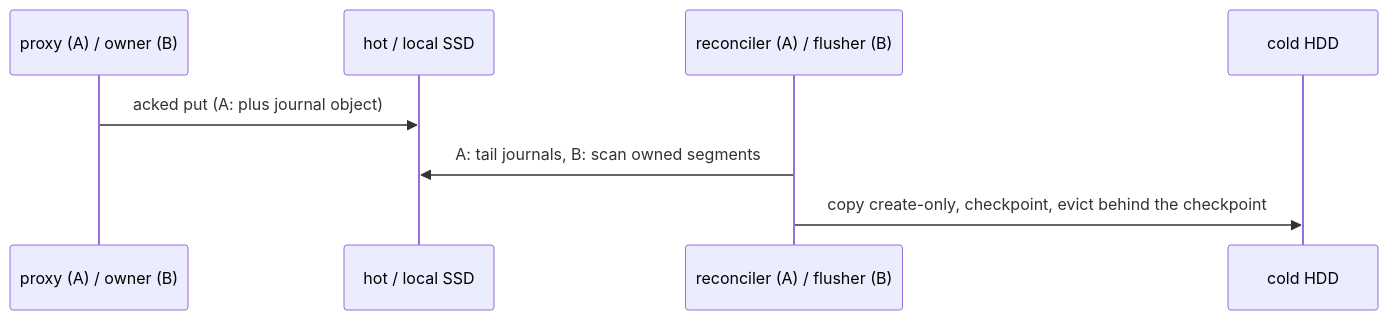
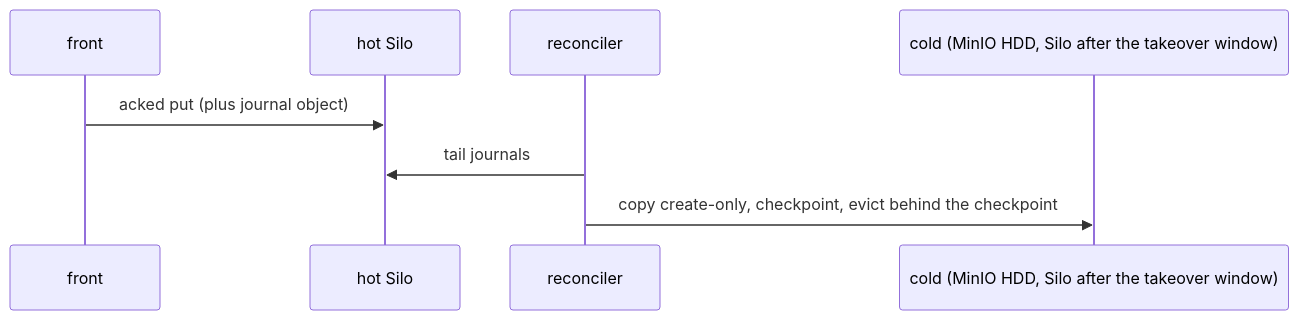
One commit to komira-ai/jobscheduler changed diagram 11 of 14 in docs/design/kbf-on-js-agent.md. Above: the diagram before and after it, drawn with Mermaid. The commit also changed other lines of this file and 5 other files, not shown here.

````diff
--- a/docs/design/kbf-on-js-agent.md
+++ b/docs/design/kbf-on-js-agent.md
@@ -446,10 +488,10 @@
 ```mermaid
 sequenceDiagram
-  participant P as proxy (A) / owner (B)
-  participant H as hot / local SSD
-  participant R as reconciler (A) / flusher (B)
-  participant K as cold HDD
-  P->>H: acked put (A: plus journal object)
-  R->>H: A: tail journals, B: scan owned segments
+  participant P as front
+  participant H as hot Silo
+  participant R as reconciler
+  participant K as cold (MinIO HDD, Silo after the takeover window)
+  P->>H: acked put (plus journal object)
+  R->>H: tail journals
   R->>K: copy create-only, checkpoint, evict behind the checkpoint
 ```
````
